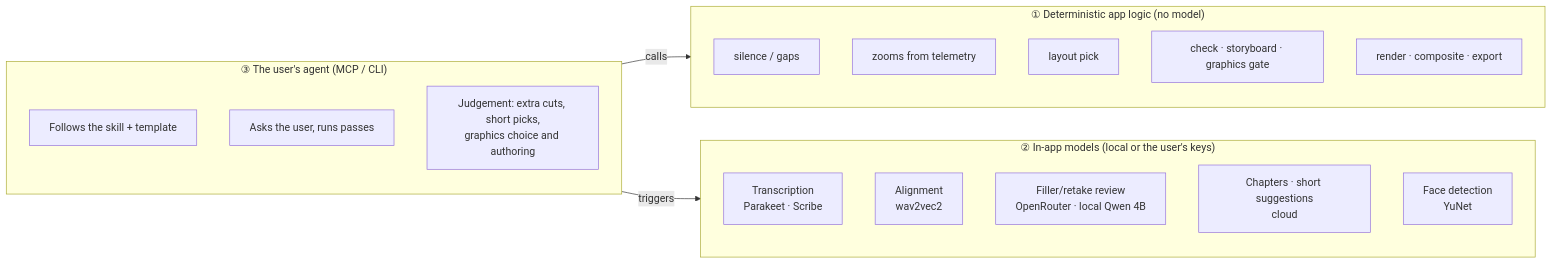
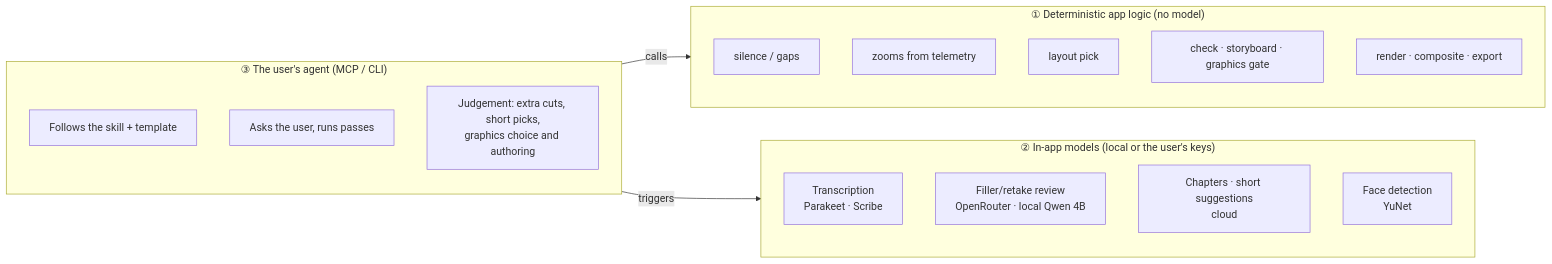
Before and after one commit to CreaperLost/Automated-Editor: the diagram in docs/product.md, drawn with Mermaid. The commit also changed other lines of this file and 43 other files, not shown here.

````diff
--- a/docs/product.md
+++ b/docs/product.md
@@ -88,24 +87,23 @@
 ```mermaid
 flowchart LR
     subgraph A["① Deterministic app logic (no model)"]
       A1[silence / gaps]
       A2[zooms from telemetry]
       A3[layout pick]
       A4[check · storyboard · graphics gate]
       A5[render · composite · export]
     end
     subgraph B["② In-app models (local or the user's keys)"]
       B1[Transcription<br/>Parakeet · Scribe]
-      B2[Alignment<br/>wav2vec2]
       B3[Filler/retake review<br/>OpenRouter · local Qwen 4B]
       B4[Chapters · short suggestions<br/>cloud]
       B5[Face detection<br/>YuNet]
     end
     subgraph C["③ The user's agent (MCP / CLI)"]
       C1[Follows the skill + template]
       C2[Asks the user, runs passes]
       C3[Judgement: extra cuts, short picks,<br/>graphics choice and authoring]
     end
     C -->|calls| A
     C -->|triggers| B
 ```
````
